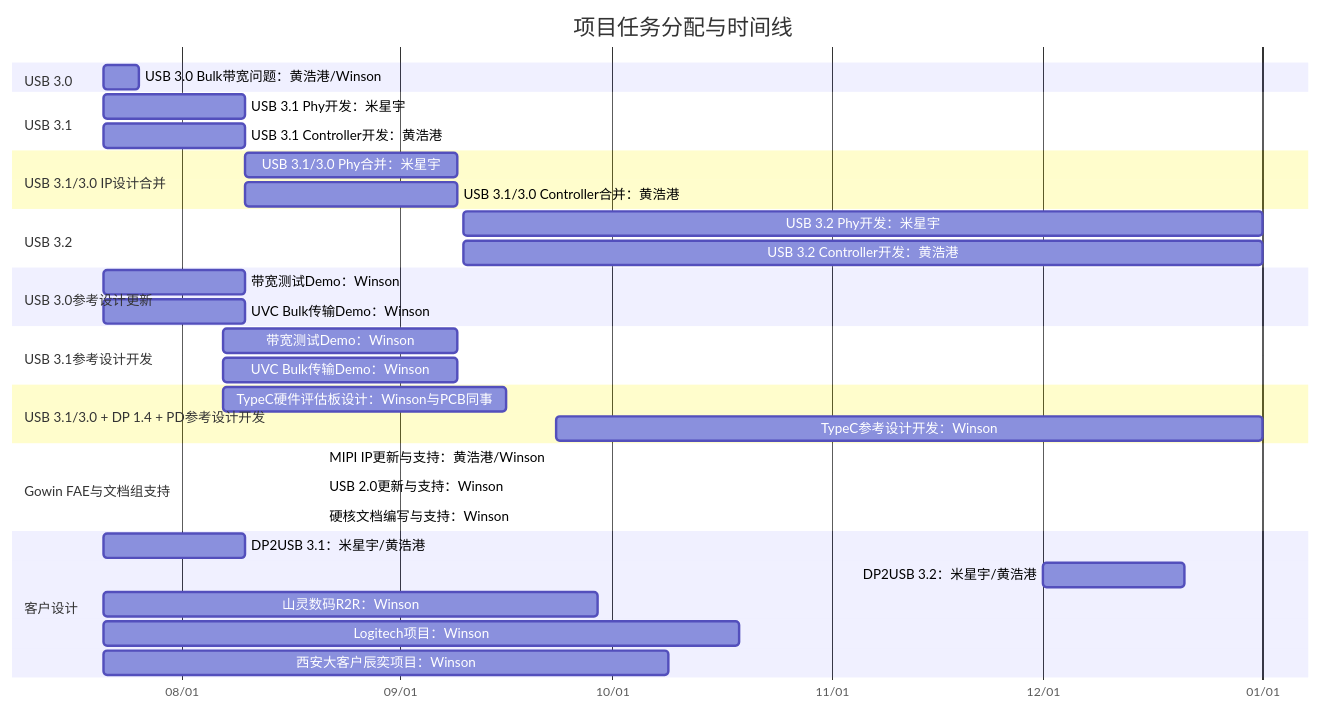
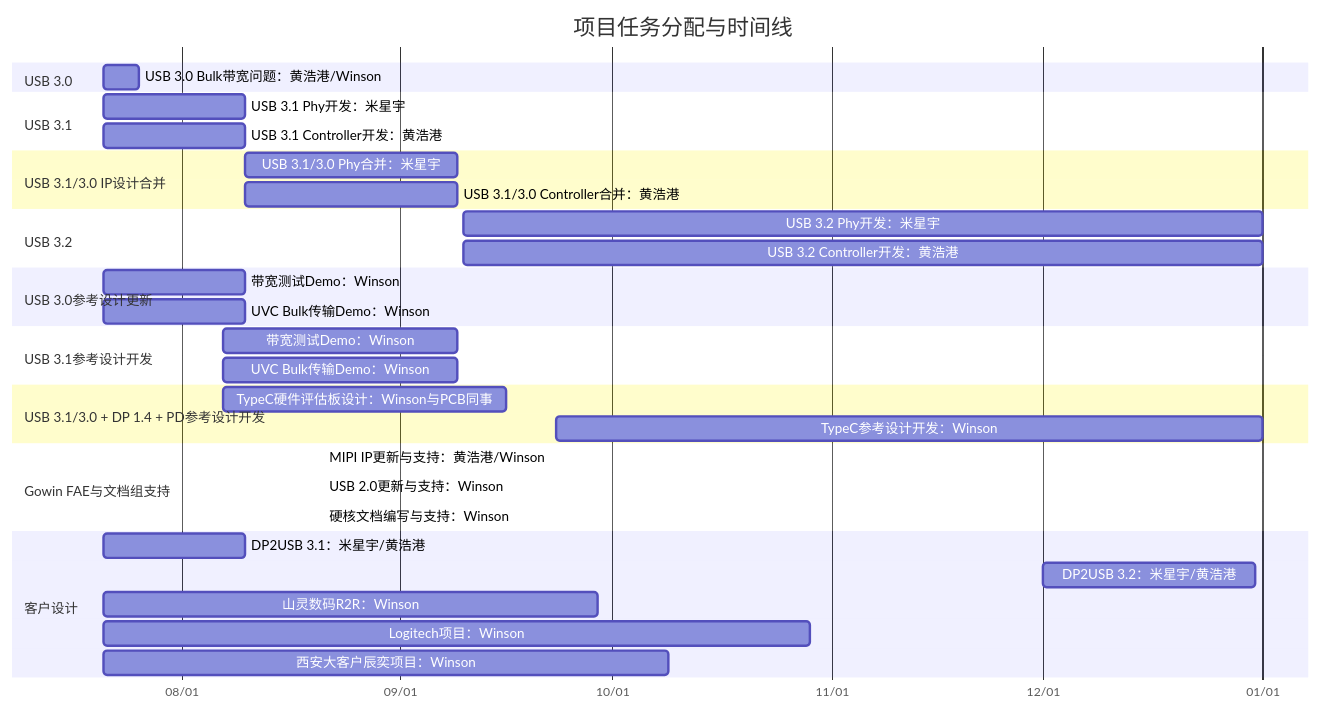
One commit to winsonbook/iodraw-files changed the diagram in all/未命名.md. Above: the diagram before and after it, drawn with Mermaid.

Commit message:
2025-07-21 10:38:19 update

````diff
--- a/all/未命名.md
+++ b/all/未命名.md
@@ -1,45 +1,45 @@
 ```mermaid
 gantt
     title 项目任务分配与时间线
     dateFormat  YYYY-MM-DD
     axisFormat  %m/%d
 
     section USB 3.0
     USB 3.0 Bulk带宽问题：黄浩港/Winson   :    task1, 2025-07-21, 5d
 
     section USB 3.1
     USB 3.1 Phy开发：米星宇      :         task2, 2025-07-21, 20d
     USB 3.1 Controller开发：黄浩港      :  task3, 2025-07-21, 20d
 
     section USB 3.1/3.0 IP设计合并
     USB 3.1/3.0 Phy合并：米星宇       :    task4, 2025-08-10, 30d
     USB 3.1/3.0 Controller合并：黄浩港:    task5, 2025-08-10, 30d
 
     section USB 3.2
     USB 3.2 Phy开发：米星宇      :         task2, 2025-09-10, 113d
     USB 3.2 Controller开发：黄浩港      :  task3, 2025-09-10, 113d
 
     section USB 3.0参考设计更新
     带宽测试Demo：Winson       :         task6, 2025-07-21, 20d
     UVC Bulk传输Demo：Winson   :        task7, 2025-07-21, 20d
 
     section USB 3.1参考设计开发
     带宽测试Demo：Winson       :         task8, 2025-08-07, 33d
     UVC Bulk传输Demo：Winson   :         task9, 2025-08-07, 33d
 
     section USB 3.1/3.0 + DP 1.4 + PD参考设计开发
     TypeC硬件评估板设计：Winson与PCB同事       :         task10, 2025-08-07, 40d
     TypeC参考设计开发：Winson   :         task11, 2025-09-23, 100d
 
     section Gowin FAE与文档组支持
     MIPI IP更新与支持：黄浩港/Winson :       task16, 2025-08-21, 
     USB 2.0更新与支持：Winson :             task17, 2025-08-21, 
     硬核文档编写与支持：Winson :         task18, 2025-08-21, 
 
     section 客户设计
     DP2USB 3.1：米星宇/黄浩港      :task12, 2025-07-21, 20d
-    DP2USB 3.2：米星宇/黄浩港      :task12, 2025-12-01, 20d
+    DP2USB 3.2：米星宇/黄浩港      :task12, 2025-12-01, 30d
     山灵数码R2R：Winson :             task13, 2025-07-21, 70d
-    Logitech项目：Winson :            task14, 2025-07-21, 90d
+    Logitech项目：Winson :            task14, 2025-07-21, 100d
     西安大客户辰奕项目：Winson :       task15, 2025-07-21, 80d
 ```
````
